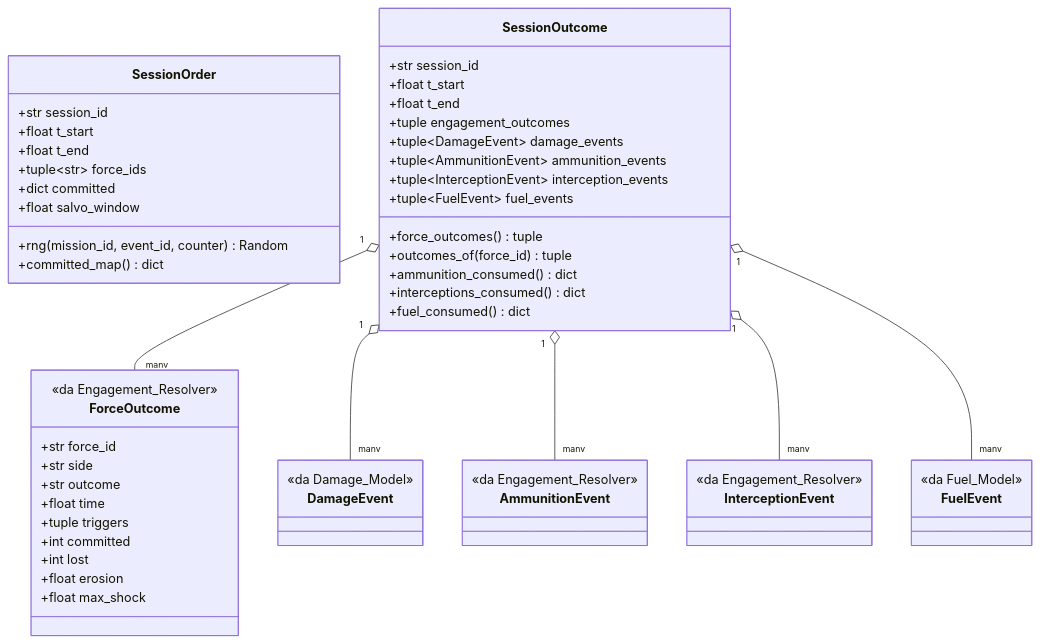
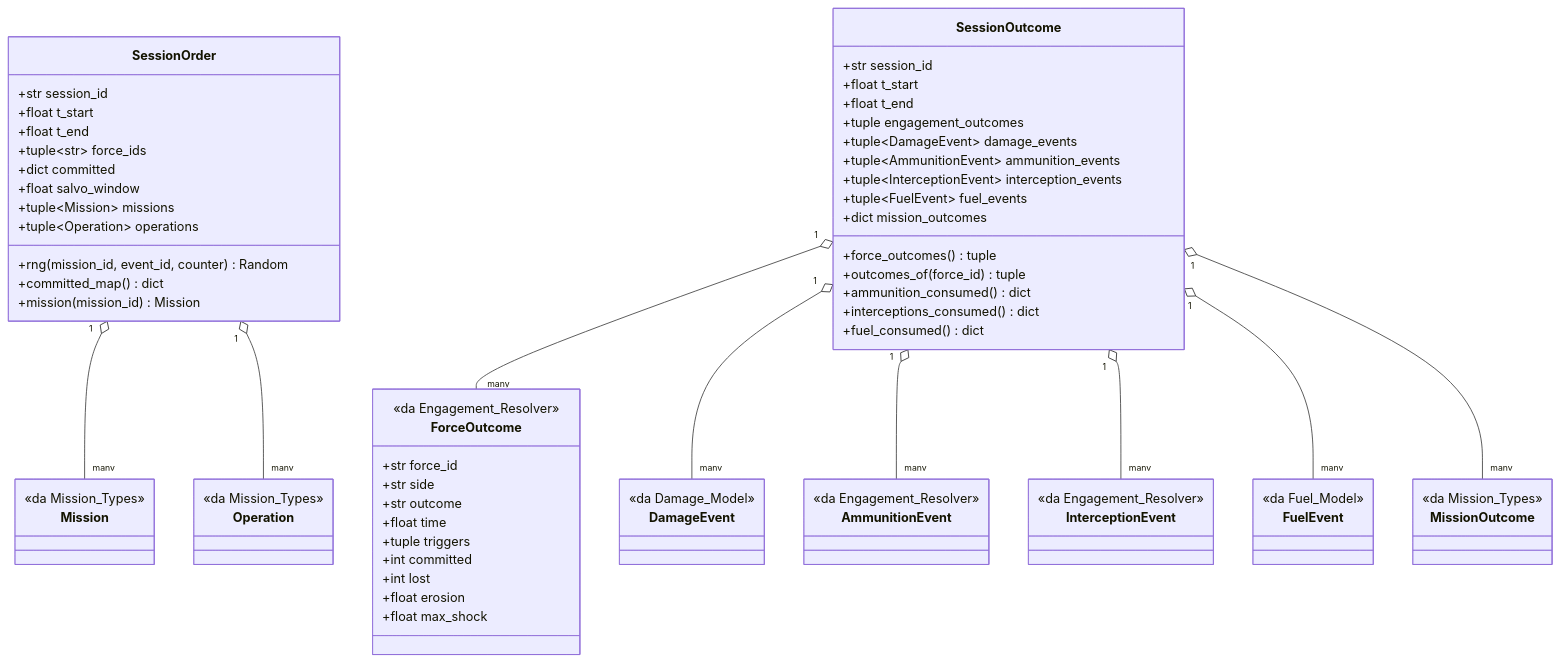
Before and after one commit to MakusIV/Warfare-Model: the first of 4 diagrams in Analysis/Document/Manuale_Motore_DES/03_Strato0_Contratto_Porte.md, drawn with Mermaid. The commit also changed other lines of this file and 10 other files, not shown here.

````diff
--- a/Analysis/Document/Manuale_Motore_DES/03_Strato0_Contratto_Porte.md
+++ b/Analysis/Document/Manuale_Motore_DES/03_Strato0_Contratto_Porte.md
@@ -106,61 +139,77 @@
 ```mermaid
 classDiagram
     class SessionOrder {
         +str session_id
         +float t_start
         +float t_end
         +tuple~str~ force_ids
         +dict committed
         +float salvo_window
+        +tuple~Mission~ missions
+        +tuple~Operation~ operations
         +rng(mission_id, event_id, counter) Random
         +committed_map() dict
+        +mission(mission_id) Mission
     }
 
     class SessionOutcome {
         +str session_id
         +float t_start
         +float t_end
         +tuple engagement_outcomes
         +tuple~DamageEvent~ damage_events
         +tuple~AmmunitionEvent~ ammunition_events
         +tuple~InterceptionEvent~ interception_events
         +tuple~FuelEvent~ fuel_events
+        +dict mission_outcomes
         +force_outcomes() tuple
         +outcomes_of(force_id) tuple
         +ammunition_consumed() dict
         +interceptions_consumed() dict
         +fuel_consumed() dict
     }
 
     class ForceOutcome {
         <<da Engagement_Resolver>>
         +str force_id
         +str side
         +str outcome
         +float time
         +tuple triggers
         +int committed
         +int lost
         +float erosion
         +float max_shock
     }
 
     class DamageEvent {
         <<da Damage_Model>>
     }
     class AmmunitionEvent {
         <<da Engagement_Resolver>>
     }
     class InterceptionEvent {
         <<da Engagement_Resolver>>
     }
     class FuelEvent {
         <<da Fuel_Model>>
     }
+    class Mission {
+        <<da Mission_Types>>
+    }
+    class Operation {
+        <<da Mission_Types>>
+    }
+    class MissionOutcome {
+        <<da Mission_Types>>
+    }
 
     SessionOutcome "1" o-- "many" ForceOutcome
     SessionOutcome "1" o-- "many" DamageEvent
     SessionOutcome "1" o-- "many" AmmunitionEvent
     SessionOutcome "1" o-- "many" InterceptionEvent
     SessionOutcome "1" o-- "many" FuelEvent
+    SessionOutcome "1" o-- "many" MissionOutcome
+    SessionOrder "1" o-- "many" Mission
+    SessionOrder "1" o-- "many" Operation
 ```
````
